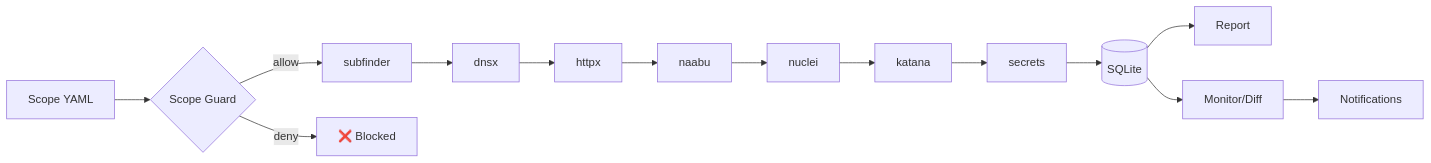
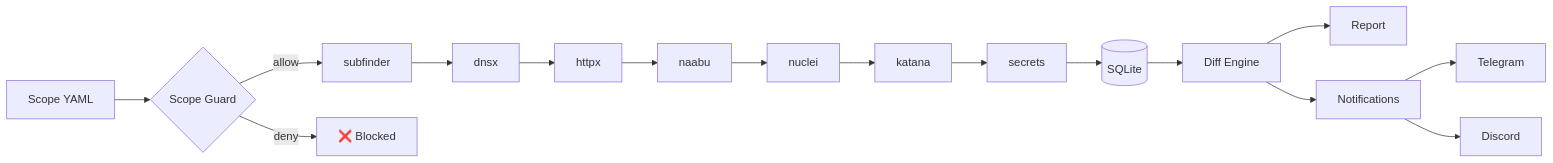
Before and after one commit to bess1lie/bounthunt: the diagram in README.md, drawn with Mermaid. The commit also changed other lines of this file, not shown here.

Commit message:
README: remove built-with, merge pipeline into architecture, add hero screenshot, numbers cards, fix footer

````diff
--- a/README.md
+++ b/README.md
@@ -74,16 +49,18 @@
 ```mermaid
 flowchart LR
     S[Scope YAML] --> G{Scope Guard}
     G -->|allow| SF[subfinder]
     SF --> DX[dnsx]
     DX --> HX[httpx]
     HX --> NB[naabu]
     NB --> NC[nuclei]
     NC --> KT[katana]
     KT --> SC[secrets]
     SC --> DB[(SQLite)]
-    DB --> R[Report]
-    DB --> M[Monitor/Diff]
-    M --> N[Notifications]
+    DB --> DIFF[Diff Engine]
+    DIFF --> RPT[Report]
+    DIFF --> NOT[Notifications]
+    NOT --> TG[Telegram]
+    NOT --> DC[Discord]
     G -->|deny| X[❌ Blocked]
 ```
````
